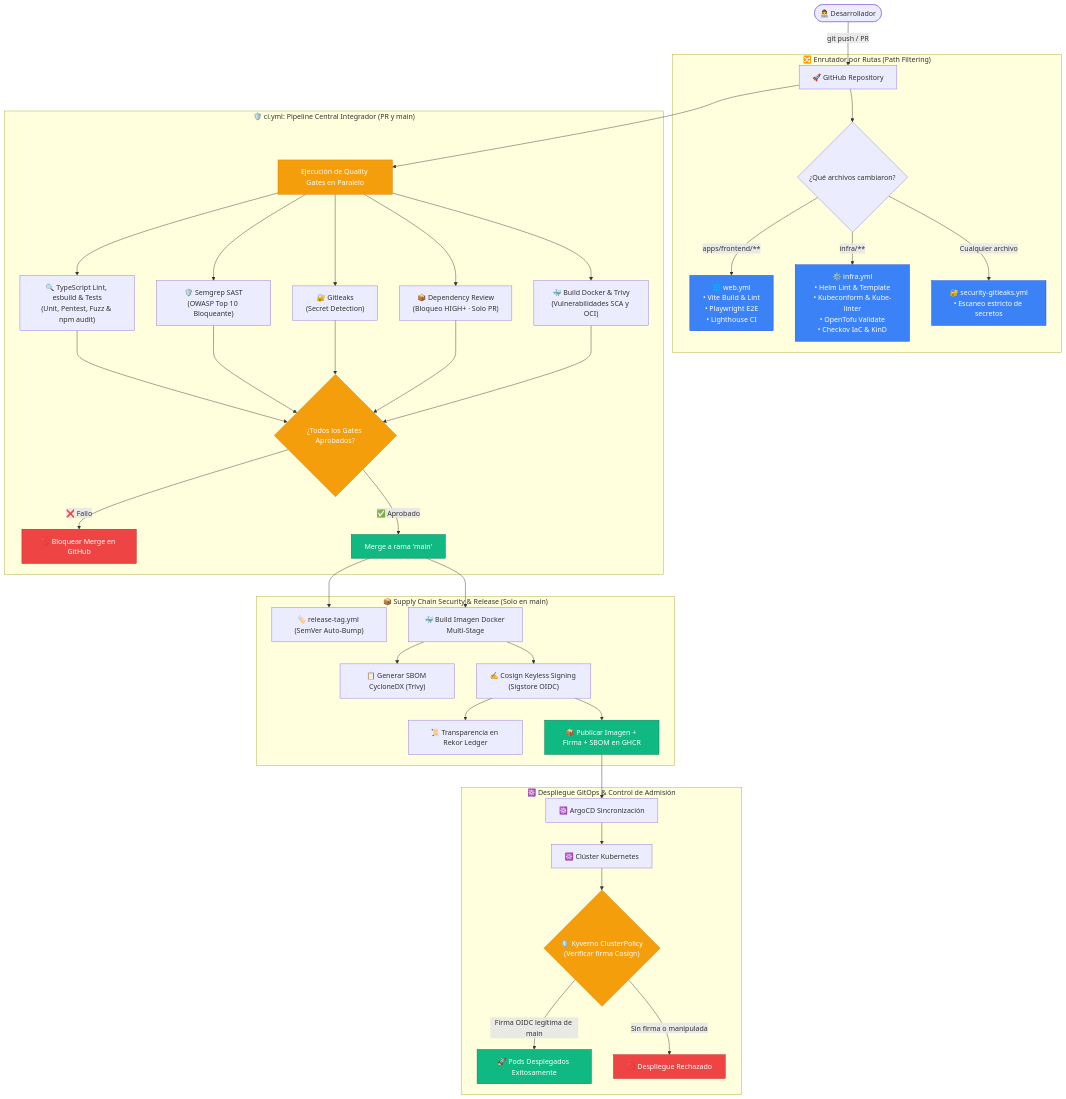
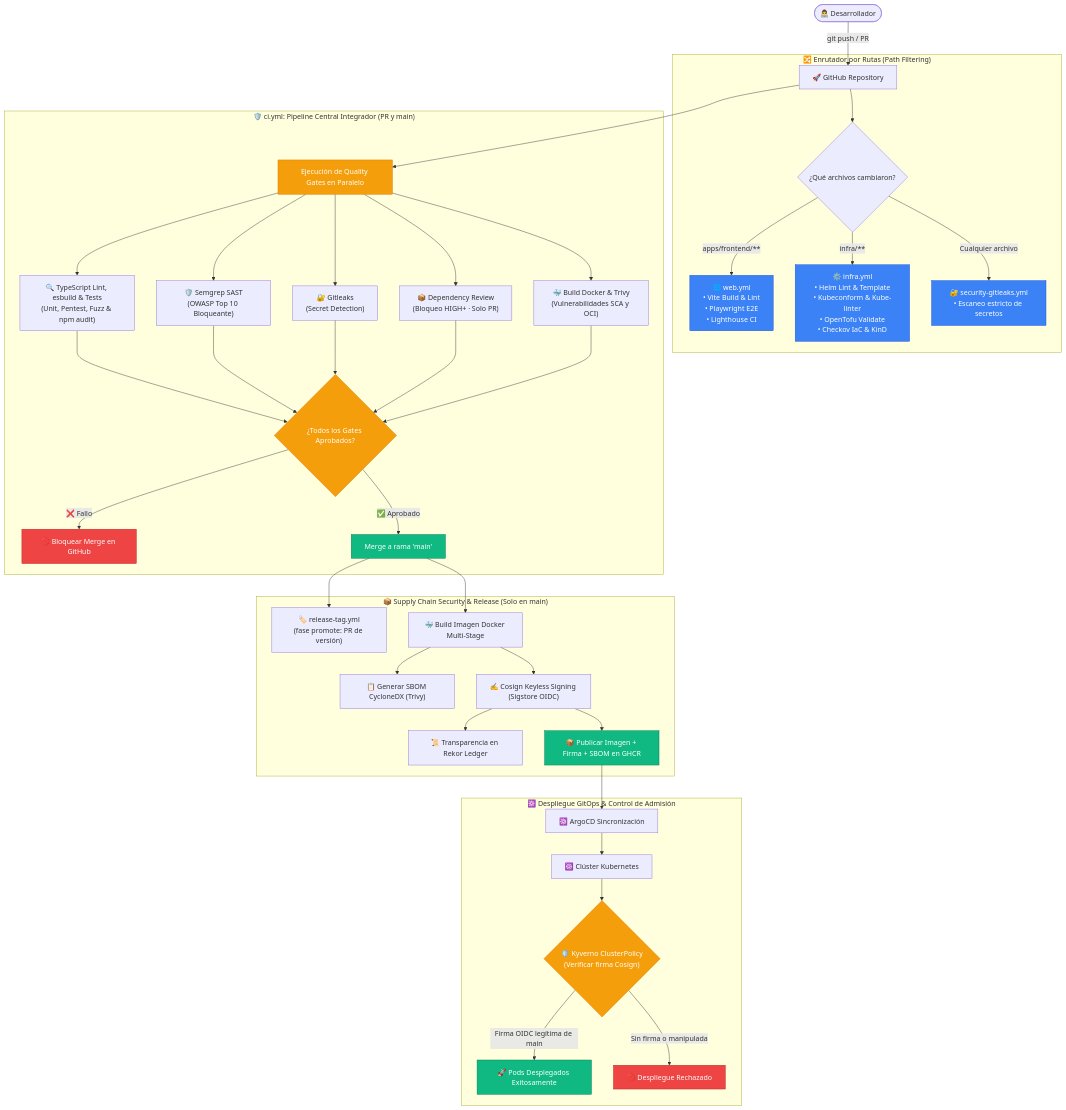
The diagram in docs/devops/GITHUB_WORKFLOWS_GUIDE.md (rocapellino/pokedex), drawn with Mermaid before and after one commit. The commit also changed other lines of this file and 5 other files, not shown here.

First line of the commit message:
fix(ci): anclar tag de release al commit de promoción [skip-release] (#340)

````diff
--- a/docs/devops/GITHUB_WORKFLOWS_GUIDE.md
+++ b/docs/devops/GITHUB_WORKFLOWS_GUIDE.md
@@ -41,51 +41,51 @@
 ```mermaid
 flowchart TD
     DEV(["👨‍💻 Desarrollador"]) -->|git push / PR| GH["🚀 GitHub Repository"]
 
     subgraph TRIGGER_ROUTER ["🔀 Enrutador por Rutas (Path Filtering)"]
         GH --> CHK_PATH{"¿Qué archivos cambiaron?"}
         CHK_PATH -->|apps/frontend/**| WF_WEB["🌐 web.yml\n• Vite Build & Lint\n• Playwright E2E\n• Lighthouse CI"]
         CHK_PATH -->|infra/**| WF_INFRA["⚙️ infra.yml\n• Helm Lint & Template\n• Kubeconform & Kube-linter\n• OpenTofu Validate\n• Checkov IaC & KinD"]
         CHK_PATH -->|Cualquier archivo| WF_LEAKS["🔐 security-gitleaks.yml\n• Escaneo estricto de secretos"]
     end
 
     subgraph CI_PIPELINE ["🛡️ ci.yml: Pipeline Central Integrador (PR y main)"]
         GH --> GATES_PARALLEL["Ejecución de Quality Gates en Paralelo"]
         GATES_PARALLEL --> QG1["🔍 TypeScript Lint, esbuild & Tests\n(Unit, Pentest, Fuzz & npm audit)"]
         GATES_PARALLEL --> QG2["🛡️ Semgrep SAST\n(OWASP Top 10 Bloqueante)"]
         GATES_PARALLEL --> QG3["🔐 Gitleaks\n(Secret Detection)"]
         GATES_PARALLEL --> QG4["📦 Dependency Review\n(Bloqueo HIGH+ · Solo PR)"]
         GATES_PARALLEL --> QG5["🐳 Build Docker & Trivy\n(Vulnerabilidades SCA y OCI)"]
 
         QG1 & QG2 & QG3 & QG4 & QG5 --> GATE_DECISION{"¿Todos los Gates Aprobados?"}
         GATE_DECISION -->|❌ Fallo| BLOCK_PR["🚫 Bloquear Merge en GitHub"]
         GATE_DECISION -->|✅ Aprobado| MERGE_MAIN["Merge a rama 'main'"]
     end
 
     subgraph SUPPLY_CHAIN ["📦 Supply Chain Security & Release (Solo en main)"]
-        MERGE_MAIN --> BUMP["🏷️ release-tag.yml (SemVer Auto-Bump)"]
+        MERGE_MAIN --> BUMP["🏷️ release-tag.yml<br/>(fase promote: PR de versión)"]
         MERGE_MAIN --> DOCKER_BUILD["🐳 Build Imagen Docker Multi-Stage"]
         DOCKER_BUILD --> SYFT_SBOM["📋 Generar SBOM CycloneDX (Trivy)"]
         DOCKER_BUILD --> COSIGN_SIGN["✍️ Cosign Keyless Signing (Sigstore OIDC)"]
         COSIGN_SIGN --> REKOR["📜 Transparencia en Rekor Ledger"]
         COSIGN_SIGN --> PUSH_GHCR["📦 Publicar Imagen + Firma + SBOM en GHCR"]
     end
 
     subgraph DEPLOYMENT ["☸️ Despliegue GitOps & Control de Admisión"]
         PUSH_GHCR --> ARGO["☸️ ArgoCD Sincronización"]
         ARGO --> K8S["☸️ Clúster Kubernetes"]
         K8S --> KYVERNO{"🛡️ Kyverno ClusterPolicy\n(Verificar firma Cosign)"}
         KYVERNO -->|Firma OIDC legítima de main| DEPLOY_OK["🚀 Pods Desplegados Exitosamente"]
         KYVERNO -->|Sin firma o manipulada| DEPLOY_FAIL["🚫 Despliegue Rechazado"]
     end
 
     classDef normal fill:#3b82f6,stroke:#1d4ed8,color:#fff;
     classDef gate fill:#f59e0b,stroke:#d97706,color:#fff;
     classDef success fill:#10b981,stroke:#047857,color:#fff;
     classDef error fill:#ef4444,stroke:#b91c1c,color:#fff;
 
     class WF_WEB,WF_INFRA,WF_LEAKS normal;
     class GATES_PARALLEL,GATE_DECISION,KYVERNO gate;
     class MERGE_MAIN,PUSH_GHCR,DEPLOY_OK success;
     class BLOCK_PR,DEPLOY_FAIL error;
 ```
````
